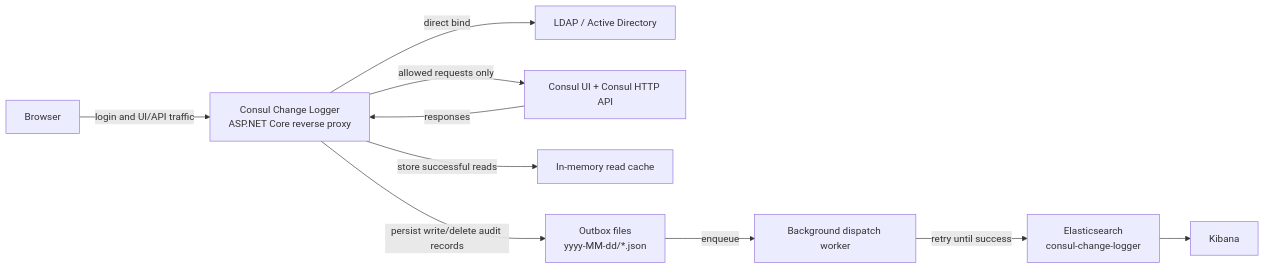
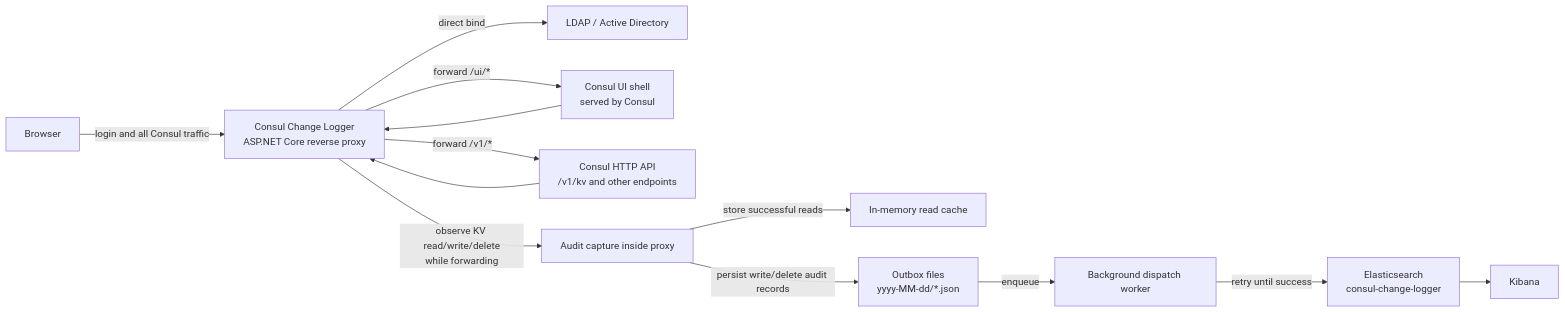
Before and after one commit to sinanakyazici/ConsulChangeLogger: the first of 3 diagrams in docs/architecture.md, drawn with Mermaid. The commit also changed other lines of this file and 3 other files, not shown here.

````diff
--- a/docs/architecture.md
+++ b/docs/architecture.md
@@ -9,22 +9,27 @@
 ```mermaid
 flowchart LR
     browser["Browser"]
     proxy["Consul Change Logger<br/>ASP.NET Core reverse proxy"]
     ldap["LDAP / Active Directory"]
-    consul["Consul UI + Consul HTTP API"]
+    consulUi["Consul UI shell<br/>served by Consul"]
+    consulApi["Consul HTTP API<br/>/v1/kv and other endpoints"]
+    audit["Audit capture inside proxy"]
     cache["In-memory read cache"]
     outbox["Outbox files<br/>yyyy-MM-dd/*.json"]
     worker["Background dispatch worker"]
     elastic["Elasticsearch<br/>consul-change-logger"]
     kibana["Kibana"]
 
-    browser -->|login and UI/API traffic| proxy
+    browser -->|login and all Consul traffic| proxy
     proxy -->|direct bind| ldap
-    proxy -->|allowed requests only| consul
-    consul -->|responses| proxy
-    proxy -->|store successful reads| cache
-    proxy -->|persist write/delete audit records| outbox
+    proxy -->|forward /ui/*| consulUi
+    proxy -->|forward /v1/*| consulApi
+    consulUi --> proxy
+    consulApi --> proxy
+    proxy -->|observe KV read/write/delete<br/>while forwarding| audit
+    audit -->|store successful reads| cache
+    audit -->|persist write/delete audit records| outbox
     outbox -->|enqueue| worker
     worker -->|retry until success| elastic
     elastic --> kibana
 ```
````
